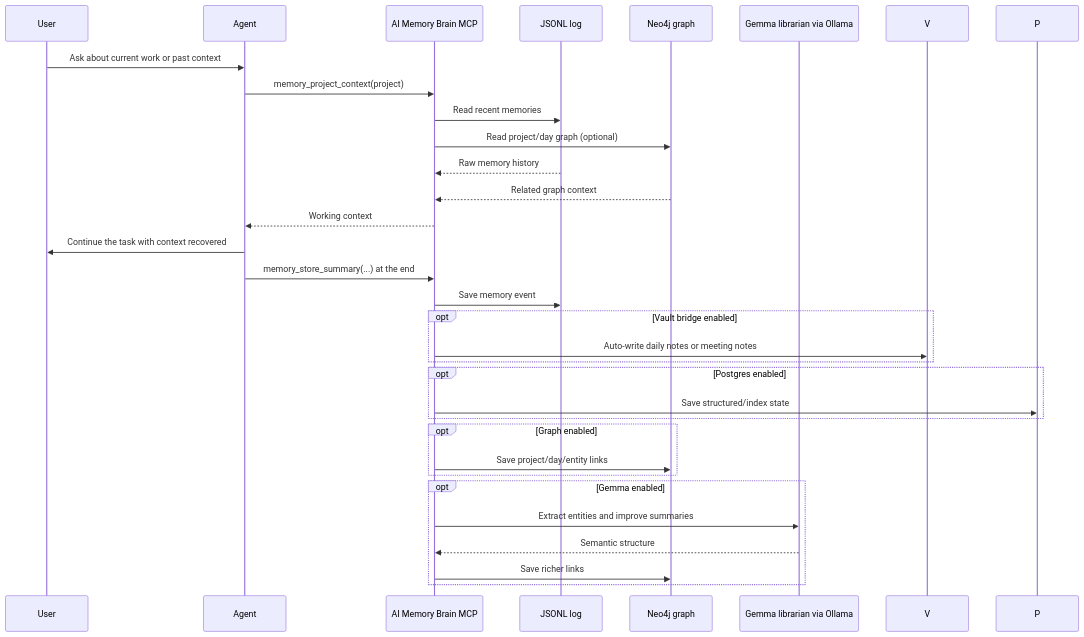
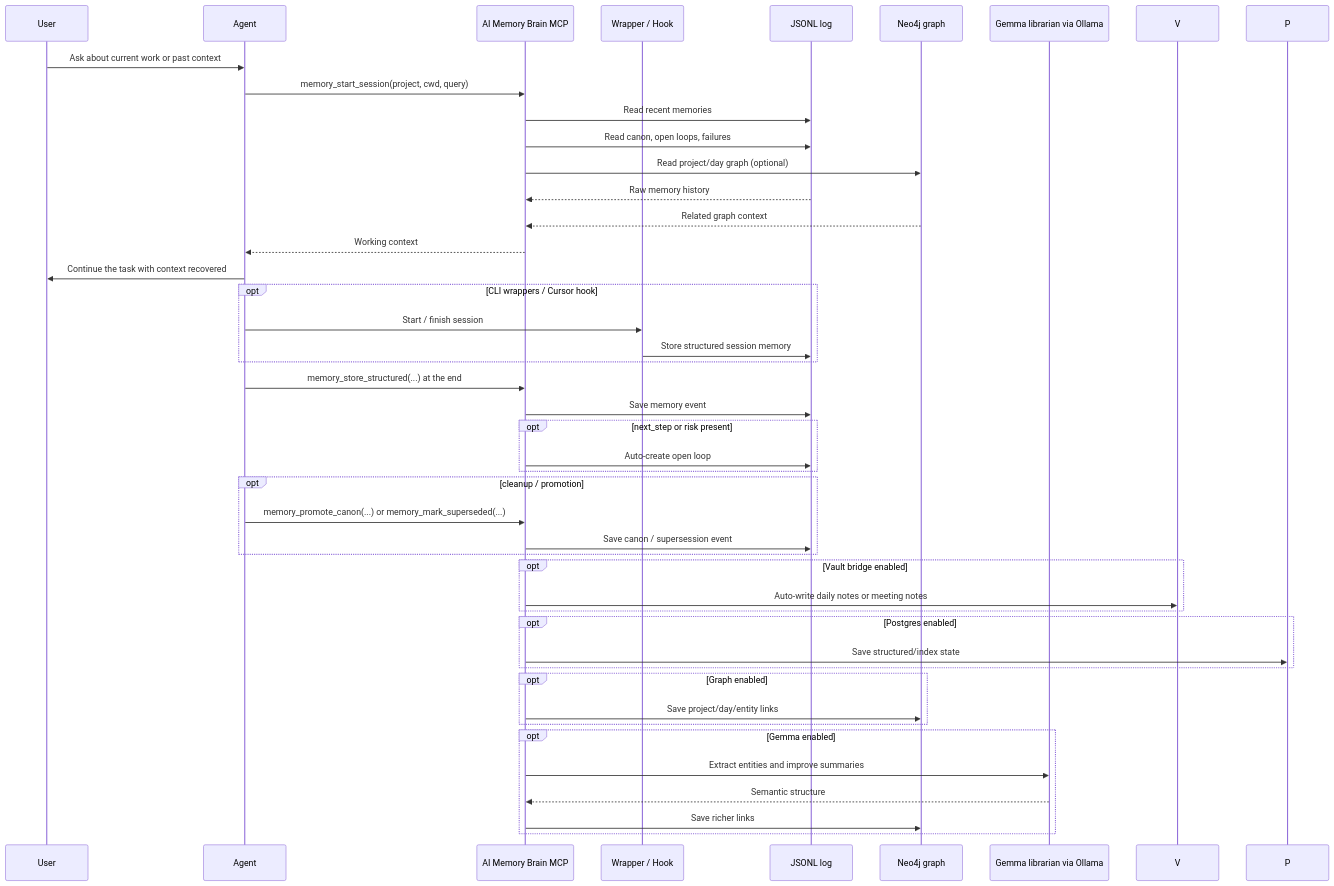
Before and after one commit to akushniruk/ai-memory-brain: the second of 4 diagrams in README.md, drawn with Mermaid. The commit also changed other lines of this file and 18 other files, not shown here.

````diff
--- a/README.md
+++ b/README.md
@@ -71,34 +77,47 @@
 ```mermaid
 sequenceDiagram
   participant U as User
   participant A as Agent
   participant B as AI Memory Brain MCP
+  participant W as Wrapper / Hook
   participant J as JSONL log
   participant G as Neo4j graph
   participant H as Gemma librarian via Ollama
 
   U->>A: Ask about current work or past context
-  A->>B: memory_project_context(project)
+  A->>B: memory_start_session(project, cwd, query)
   B->>J: Read recent memories
+  B->>J: Read canon, open loops, failures
   B->>G: Read project/day graph (optional)
   J-->>B: Raw memory history
   G-->>B: Related graph context
   B-->>A: Working context
   A->>U: Continue the task with context recovered
-  A->>B: memory_store_summary(...) at the end
+  opt CLI wrappers / Cursor hook
+    A->>W: Start / finish session
+    W->>J: Store structured session memory
+  end
+  A->>B: memory_store_structured(...) at the end
   B->>J: Save memory event
+  opt next_step or risk present
+    B->>J: Auto-create open loop
+  end
+  opt cleanup / promotion
+    A->>B: memory_promote_canon(...) or memory_mark_superseded(...)
+    B->>J: Save canon / supersession event
+  end
   opt Vault bridge enabled
     B->>V: Auto-write daily notes or meeting notes
   end
   opt Postgres enabled
     B->>P: Save structured/index state
   end
   opt Graph enabled
     B->>G: Save project/day/entity links
   end
   opt Gemma enabled
     B->>H: Extract entities and improve summaries
     H-->>B: Semantic structure
     B->>G: Save richer links
   end
 ```
````
